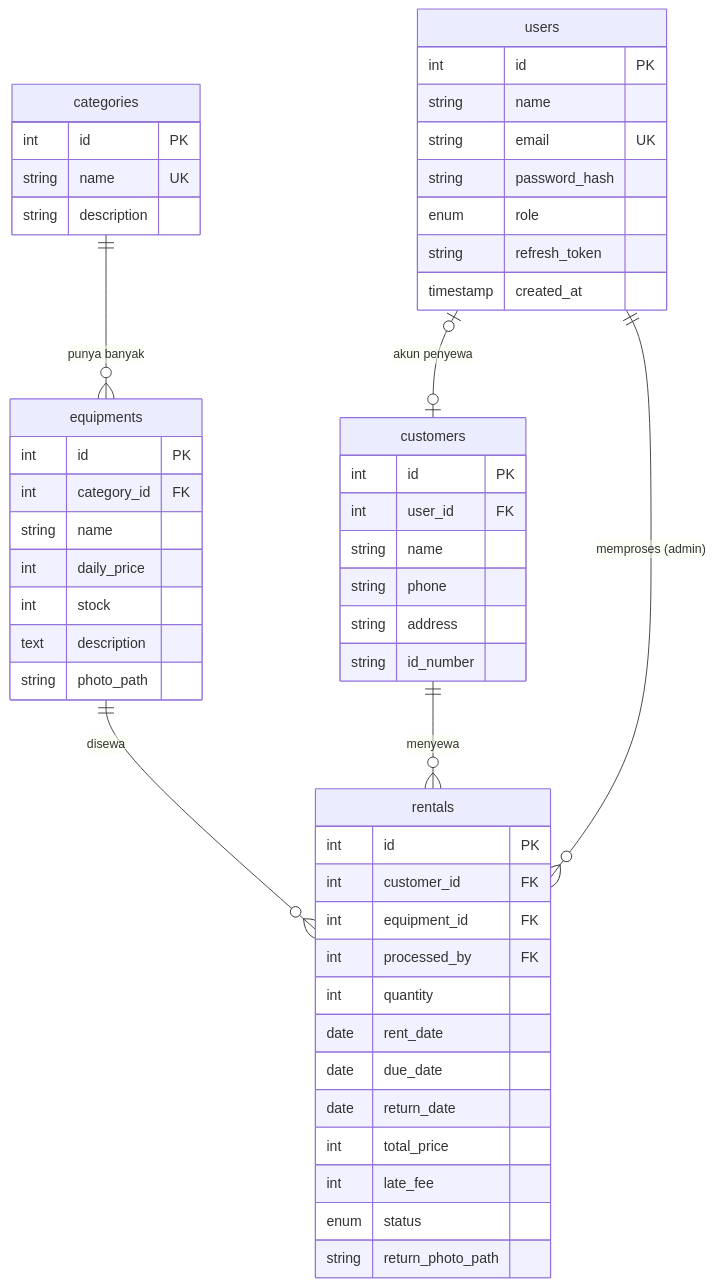
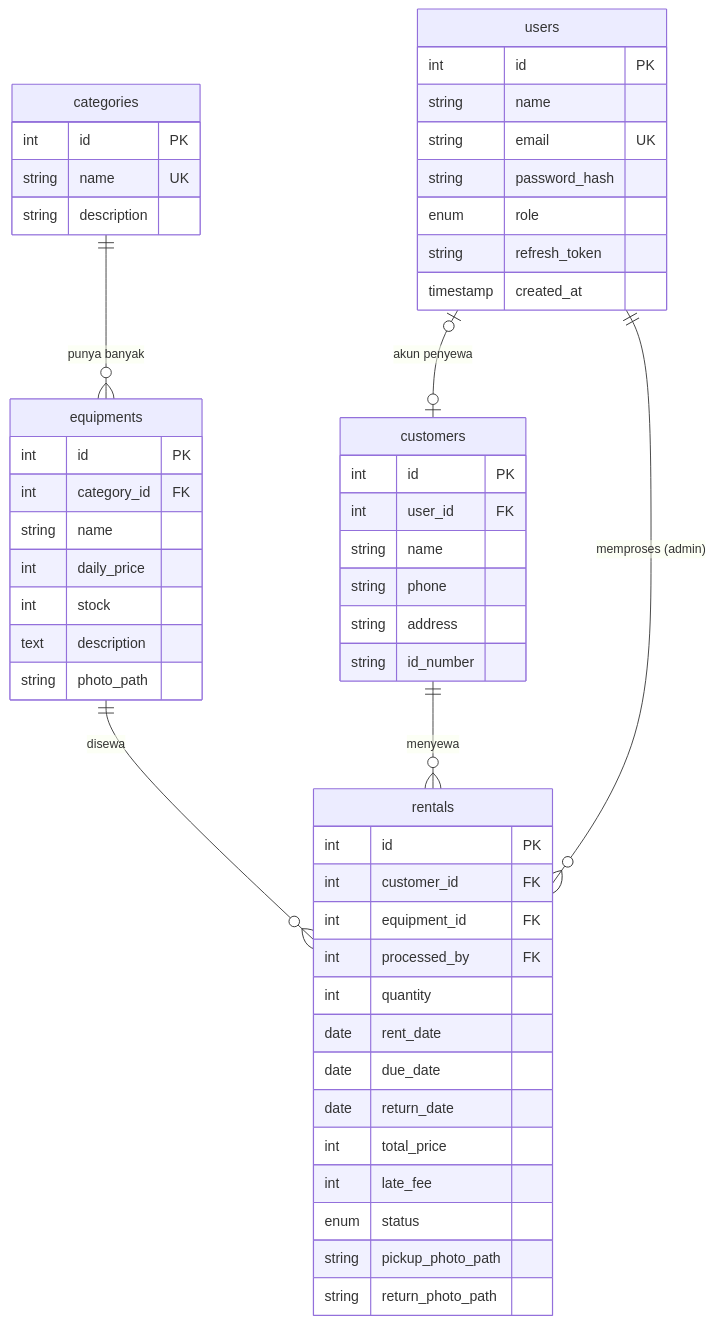
One commit to wpiskaa/0024_CampKu changed the diagram in README.md. Above: the diagram before and after it, drawn with Mermaid. The commit also changed other lines of this file and 24 other files, not shown here.

````diff
--- a/README.md
+++ b/README.md
@@ -85,14 +91,14 @@
 ```mermaid
 erDiagram
     categories ||--o{ equipments : "punya banyak"
     equipments ||--o{ rentals : "disewa"
     customers  ||--o{ rentals : "menyewa"
     users      ||--o{ rentals : "memproses (admin)"
     users      |o--o| customers : "akun penyewa"
 
     users { int id PK  string name  string email UK  string password_hash  enum role  string refresh_token  timestamp created_at }
     categories { int id PK  string name UK  string description }
     equipments { int id PK  int category_id FK  string name  int daily_price  int stock  text description  string photo_path }
     customers { int id PK  int user_id FK  string name  string phone  string address  string id_number }
-    rentals { int id PK  int customer_id FK  int equipment_id FK  int processed_by FK  int quantity  date rent_date  date due_date  date return_date  int total_price  int late_fee  enum status  string return_photo_path }
+    rentals { int id PK  int customer_id FK  int equipment_id FK  int processed_by FK  int quantity  date rent_date  date due_date  date return_date  int total_price  int late_fee  enum status  string pickup_photo_path  string return_photo_path }
 ```
````
